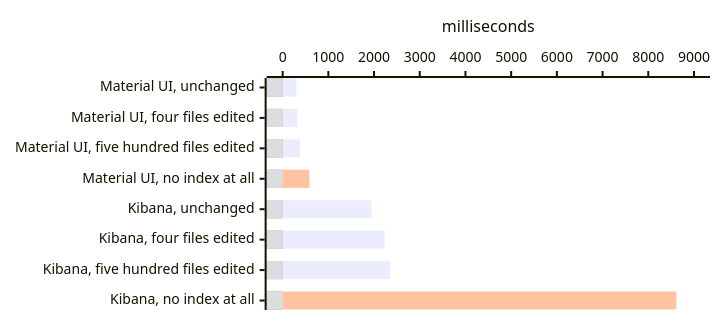
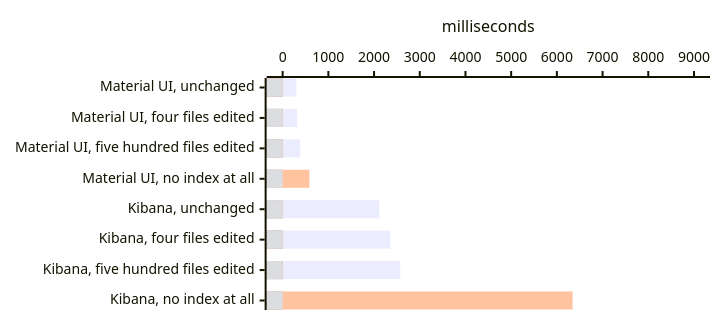
Before and after one commit to Variance-Authority/variance-authority: the second of 6 diagrams in docs/scale.md, drawn with Mermaid. The commit also changed other lines of this file and 10 other files, not shown here.

````diff
--- a/docs/scale.md
+++ b/docs/scale.md
@@ -152,15 +152,15 @@
 ```mermaid
 ---
 config:
   xyChart:
     height: 300
 ---
 xychart-beta horizontal
   accTitle: Milliseconds a run waits on Material UI and on Kibana, by what changed since the last run
   x-axis ["Material UI, unchanged", "Material UI, four files edited", "Material UI, five hundred files edited", "Material UI, no index at all", "Kibana, unchanged", "Kibana, four files edited", "Kibana, five hundred files edited", "Kibana, no index at all"]
   y-axis "milliseconds" 0 --> 9000
-  bar [301, 320, 385, 0, 1942, 2231, 2355, 0]
+  bar [301, 320, 385, 0, 2117, 2355, 2575, 0]
   bar [0, 0, 0, 0, 0, 0, 0, 0]
-  bar [0, 0, 0, 586, 0, 0, 0, 8615]
+  bar [0, 0, 0, 586, 0, 0, 0, 6344]
   bar [0, 0, 0, 0, 0, 0, 0, 0]
 ```
````
